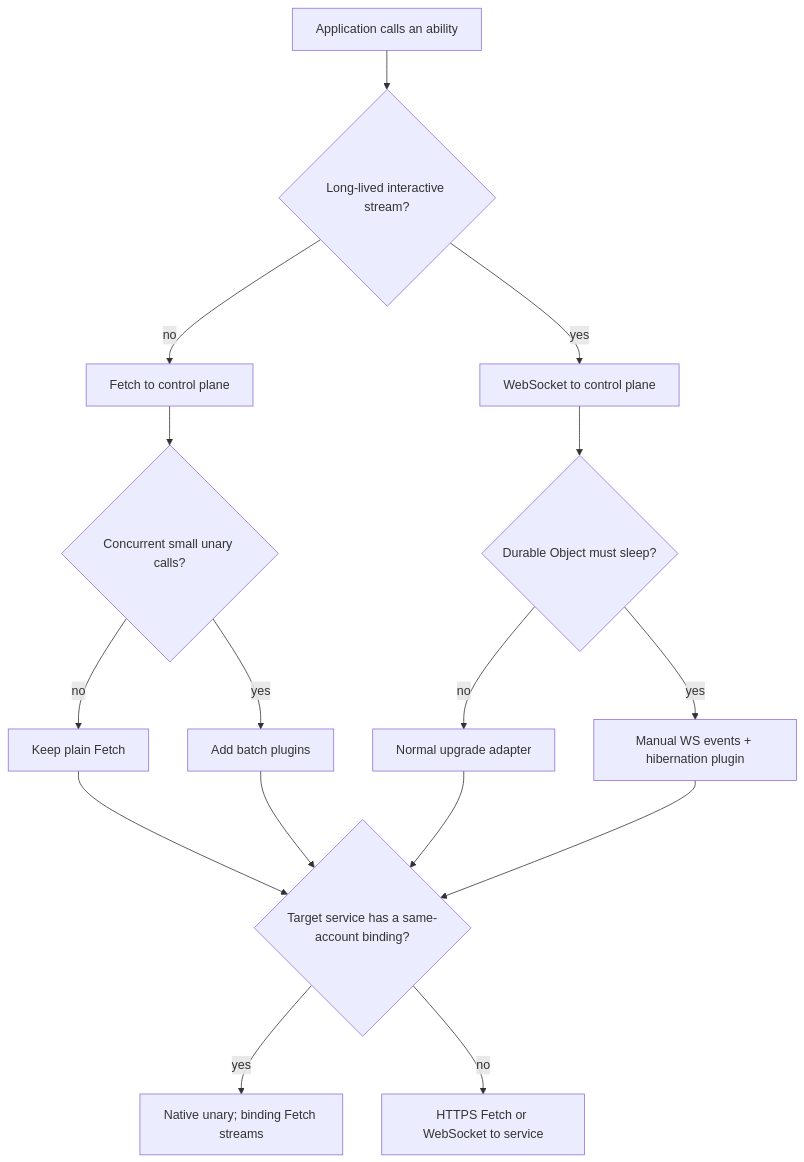
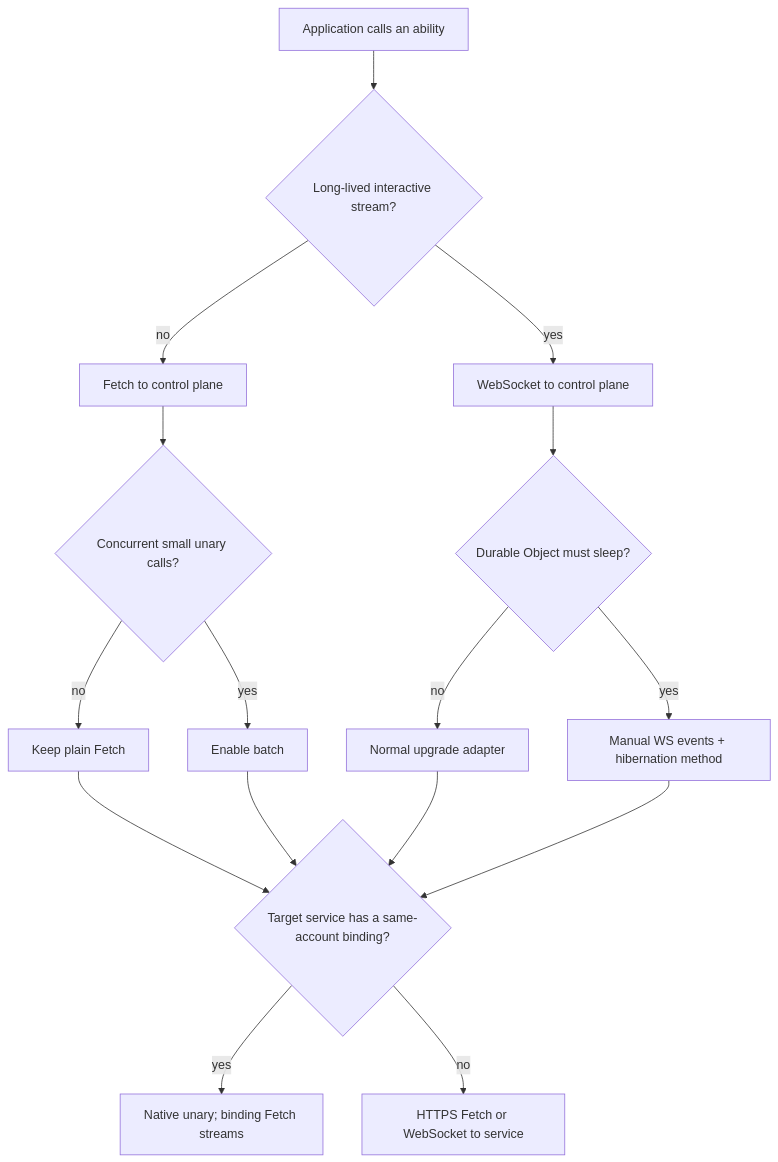
The diagram in docs/transports.md (JUVOJustin/service-plane), drawn with Mermaid before and after one commit. The commit also changed other lines of this file and 56 other files, not shown here.

````diff
--- a/docs/transports.md
+++ b/docs/transports.md
@@ -164,18 +157,18 @@
 ```mermaid
 flowchart TD
   A["Application calls an ability"] --> B{"Long-lived interactive stream?"}
   B -- no --> F["Fetch to control plane"]
   B -- yes --> W["WebSocket to control plane"]
   F --> C{"Concurrent small unary calls?"}
-  C -- yes --> BA["Add batch plugins"]
+  C -- yes --> BA["Enable batch"]
   C -- no --> P["Keep plain Fetch"]
   W --> H{"Durable Object must sleep?"}
-  H -- yes --> HI["Manual WS events + hibernation plugin"]
+  H -- yes --> HI["Manual WS events + hibernation method"]
   H -- no --> WS["Normal upgrade adapter"]
   P --> S{"Target service has a same-account binding?"}
   BA --> S
   WS --> S
   HI --> S
   S -- yes --> N["Native unary; binding Fetch streams"]
   S -- no --> HF["HTTPS Fetch or WebSocket to service"]
 ```
````
